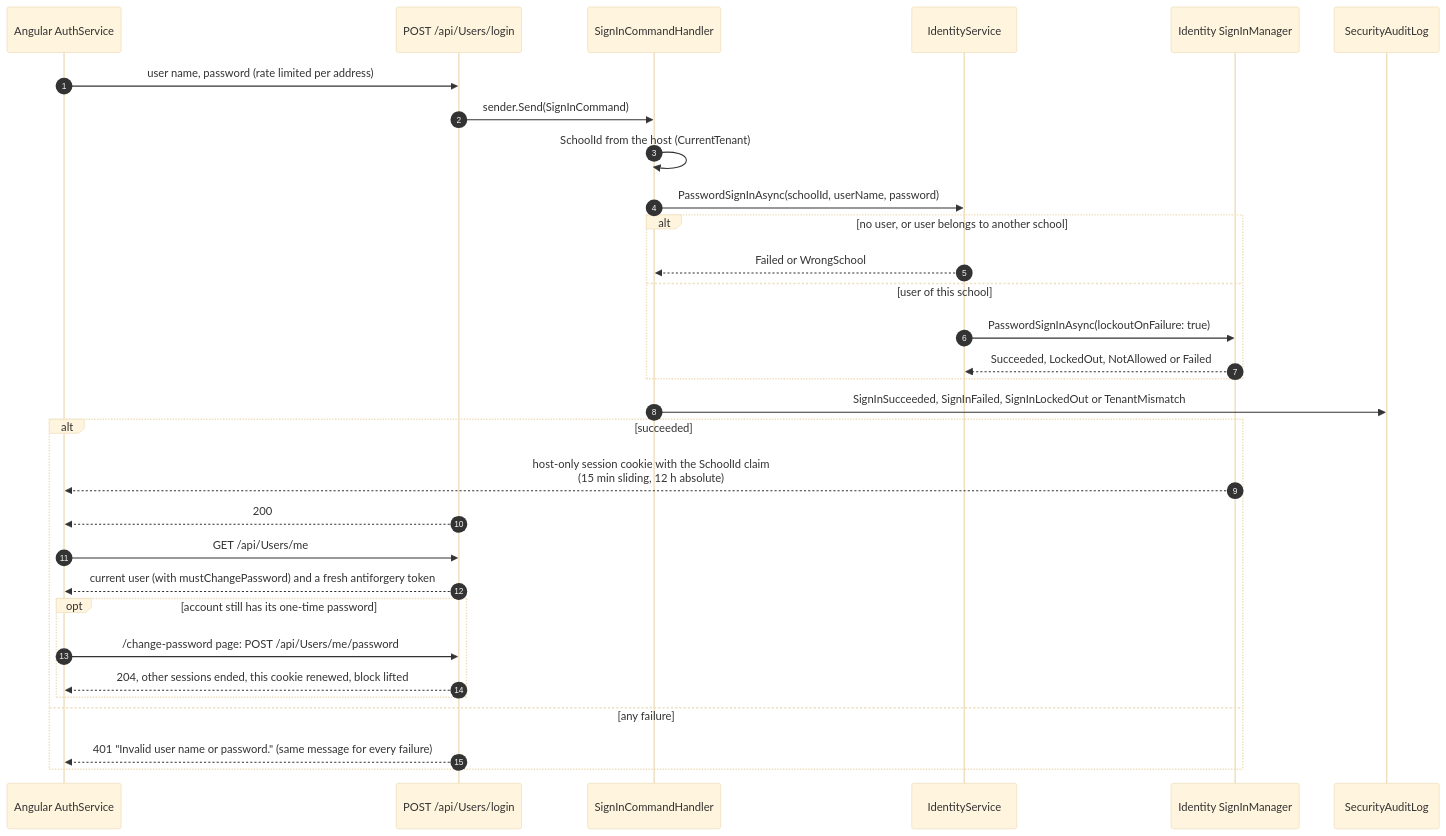
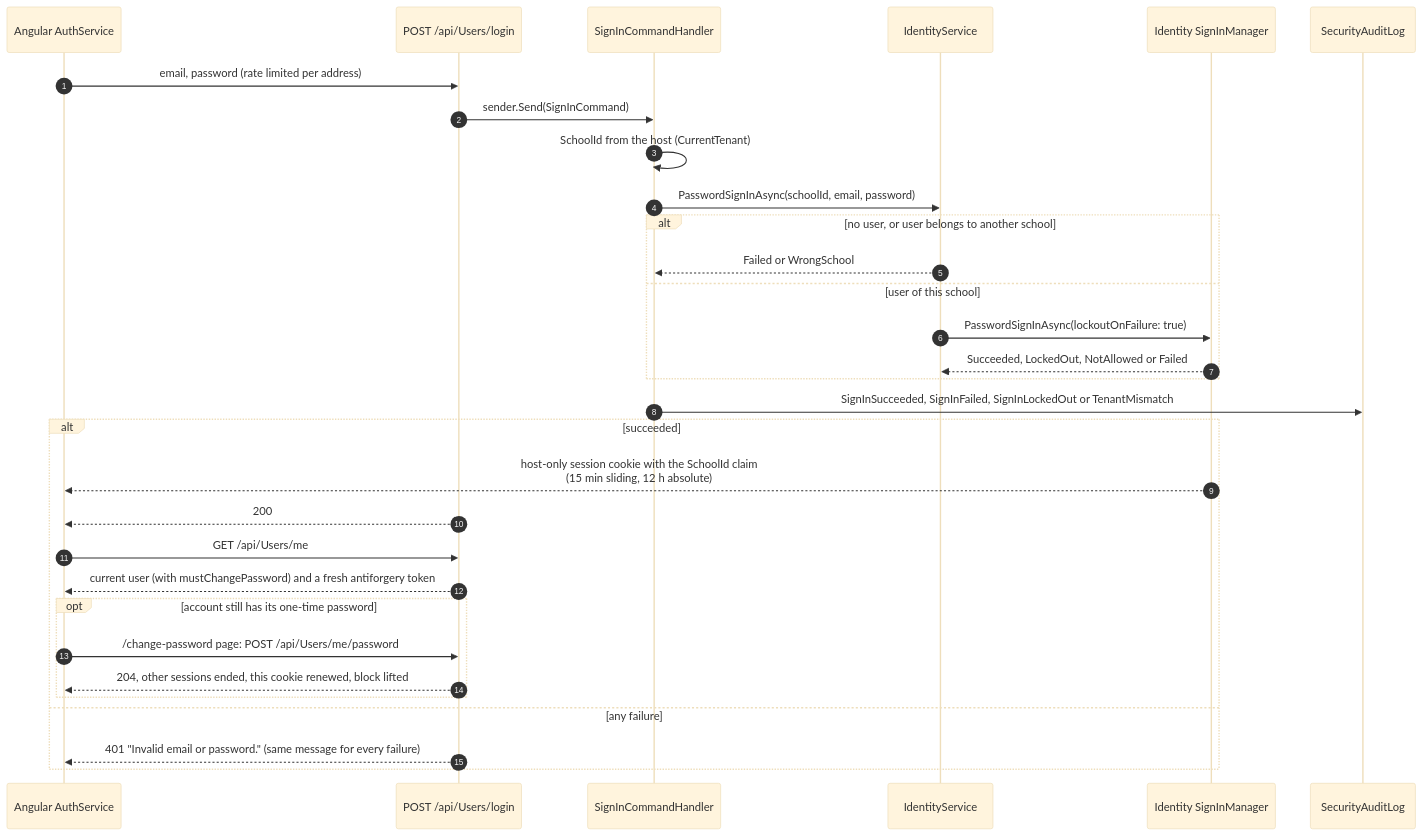
One commit to ahmedshahjr/Education-Portal changed diagram 11 of 22 in README.md. Above: the diagram before and after it, drawn with Mermaid (base theme). The commit also changed 17 other files, not shown here.

First line of the commit message:
Sign in with email again

````diff
--- a/README.md
+++ b/README.md
@@ -637,33 +637,33 @@
 ```mermaid
 sequenceDiagram
     autonumber
     participant UI as Angular AuthService
     participant E as POST /api/Users/login
     participant H as SignInCommandHandler
     participant I as IdentityService
     participant SM as Identity SignInManager
     participant A as SecurityAuditLog
-    UI->>E: user name, password (rate limited per address)
+    UI->>E: email, password (rate limited per address)
     E->>H: sender.Send(SignInCommand)
     H->>H: SchoolId from the host (CurrentTenant)
-    H->>I: PasswordSignInAsync(schoolId, userName, password)
+    H->>I: PasswordSignInAsync(schoolId, email, password)
     alt no user, or user belongs to another school
         I-->>H: Failed or WrongSchool
     else user of this school
         I->>SM: PasswordSignInAsync(lockoutOnFailure: true)
         SM-->>I: Succeeded, LockedOut, NotAllowed or Failed
     end
     H->>A: SignInSucceeded, SignInFailed, SignInLockedOut or TenantMismatch
     alt succeeded
         SM-->>UI: host-only session cookie with the SchoolId claim<br/>(15 min sliding, 12 h absolute)
         E-->>UI: 200
         UI->>E: GET /api/Users/me
         E-->>UI: current user (with mustChangePassword) and a fresh antiforgery token
         opt account still has its one-time password
             UI->>E: /change-password page: POST /api/Users/me/password
             E-->>UI: 204, other sessions ended, this cookie renewed, block lifted
         end
     else any failure
-        E-->>UI: 401 "Invalid user name or password." (same message for every failure)
+        E-->>UI: 401 "Invalid email or password." (same message for every failure)
     end
 ```
````
